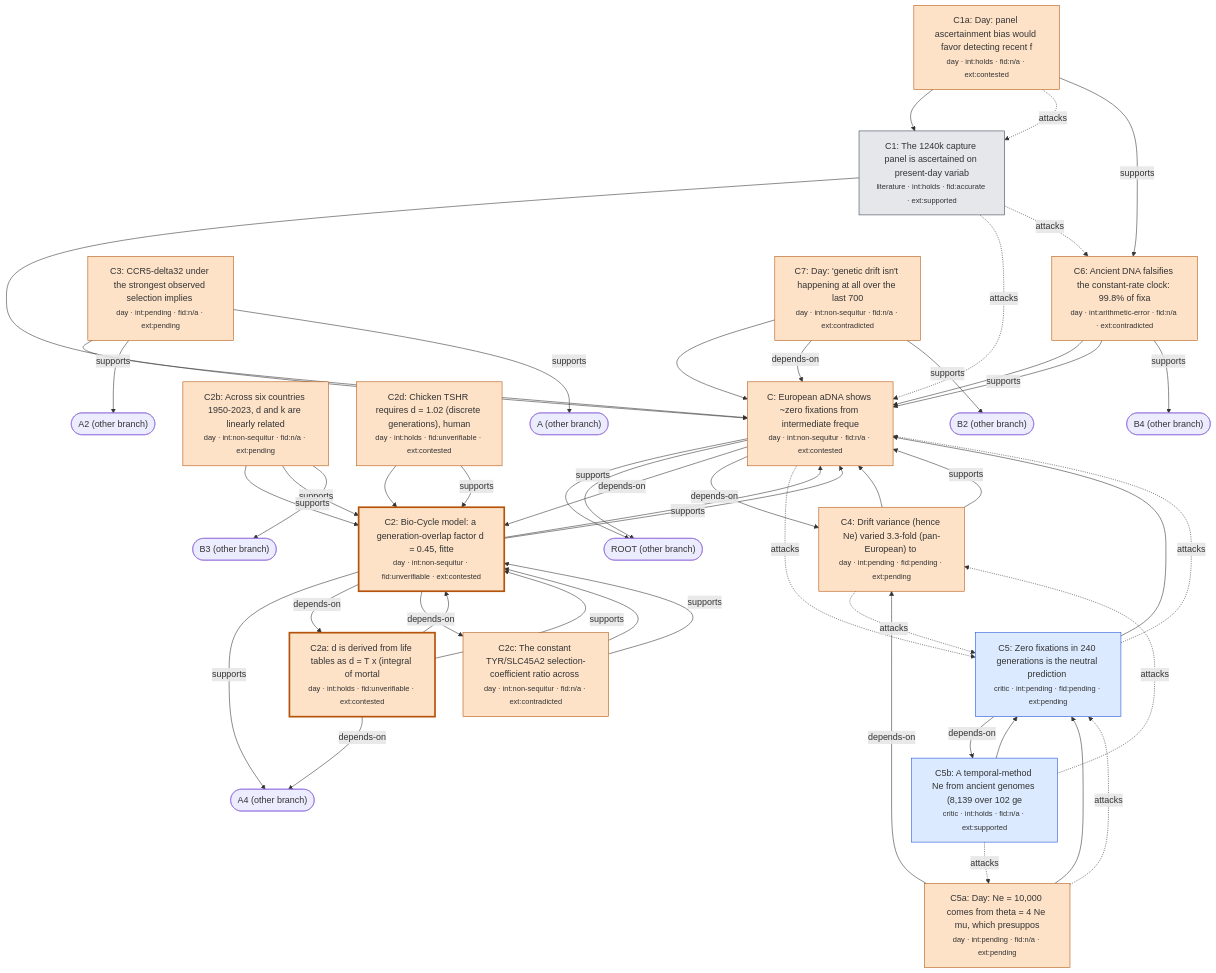
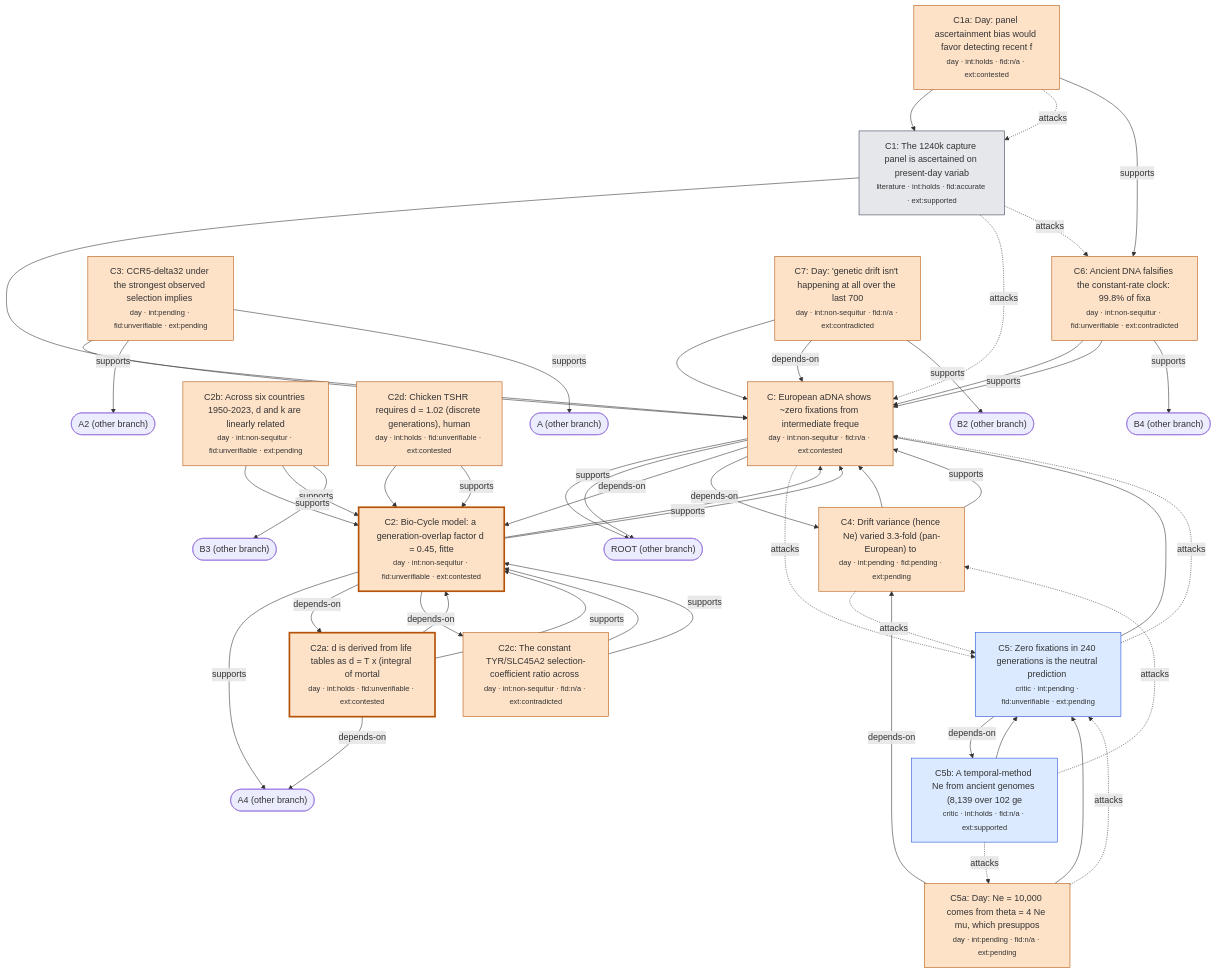
Before and after one commit to nickallevato/evo-sim: the diagram in docs/research/hierarchy/branch-C.md, drawn with Mermaid. The commit also changed 93 other files, not shown here.

```diff
--- a/docs/research/hierarchy/branch-C.md
+++ b/docs/research/hierarchy/branch-C.md
@@ -31,7 +31,7 @@
   n_C2a --> n_C2
   n_C2a -->|supports| n_C2
   n_C2a -->|depends-on| n_A4
-  n_C2b["C2b: Across six countries 1950-2023, d and k are linearly related<br/><small>day · int:non-sequitur · fid:n/a · ext:pending</small>"]
+  n_C2b["C2b: Across six countries 1950-2023, d and k are linearly related<br/><small>day · int:non-sequitur · fid:unverifiable · ext:pending</small>"]
   style n_C2b fill:#fde2c8,stroke:#b45309
   n_C2b --> n_C2
   n_C2b -->|supports| n_C2
@@ -44,7 +44,7 @@
   style n_C2d fill:#fde2c8,stroke:#b45309
   n_C2d --> n_C2
   n_C2d -->|supports| n_C2
-  n_C3["C3: CCR5-delta32 under the strongest observed selection implies <br/><small>day · int:pending · fid:n/a · ext:pending</small>"]
+  n_C3["C3: CCR5-delta32 under the strongest observed selection implies <br/><small>day · int:pending · fid:unverifiable · ext:pending</small>"]
   style n_C3 fill:#fde2c8,stroke:#b45309
   n_C3 --> n_C
   n_C3 -->|supports| n_A2
@@ -54,7 +54,7 @@
   n_C4 --> n_C
   n_C4 -->|supports| n_C
   n_C4 -.->|attacks| n_C5
-  n_C5["C5: Zero fixations in 240 generations is the neutral prediction <br/><small>critic · int:pending · fid:pending · ext:pending</small>"]
+  n_C5["C5: Zero fixations in 240 generations is the neutral prediction <br/><small>critic · int:pending · fid:unverifiable · ext:pending</small>"]
   style n_C5 fill:#dbeafe,stroke:#1d4ed8
   n_C5 --> n_C
   n_C5 -.->|attacks| n_C
@@ -69,7 +69,7 @@
   n_C5b --> n_C5
   n_C5b -.->|attacks| n_C5a
   n_C5b -.->|attacks| n_C4
-  n_C6["C6: Ancient DNA falsifies the constant-rate clock: 99.8% of fixa<br/><small>day · int:arithmetic-error · fid:n/a · ext:contradicted</small>"]
+  n_C6["C6: Ancient DNA falsifies the constant-rate clock: 99.8% of fixa<br/><small>day · int:non-sequitur · fid:unverifiable · ext:contradicted</small>"]
   style n_C6 fill:#fde2c8,stroke:#b45309
   n_C6 --> n_C
   n_C6 -->|supports| n_C
```
